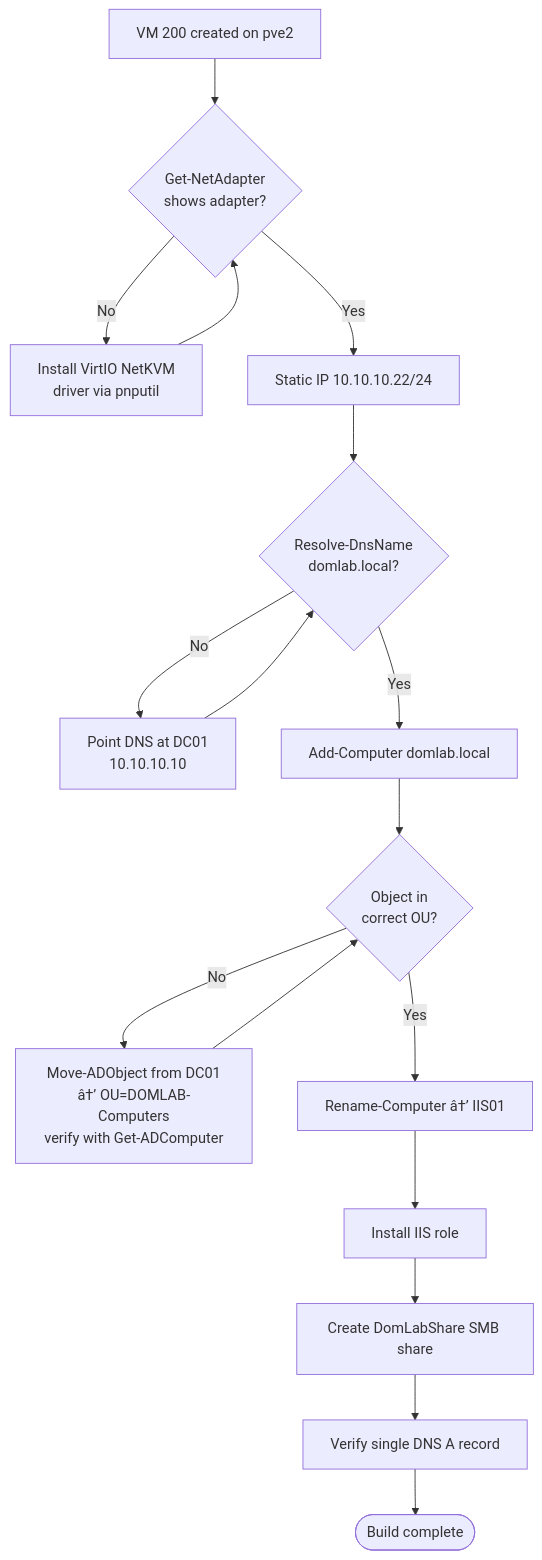
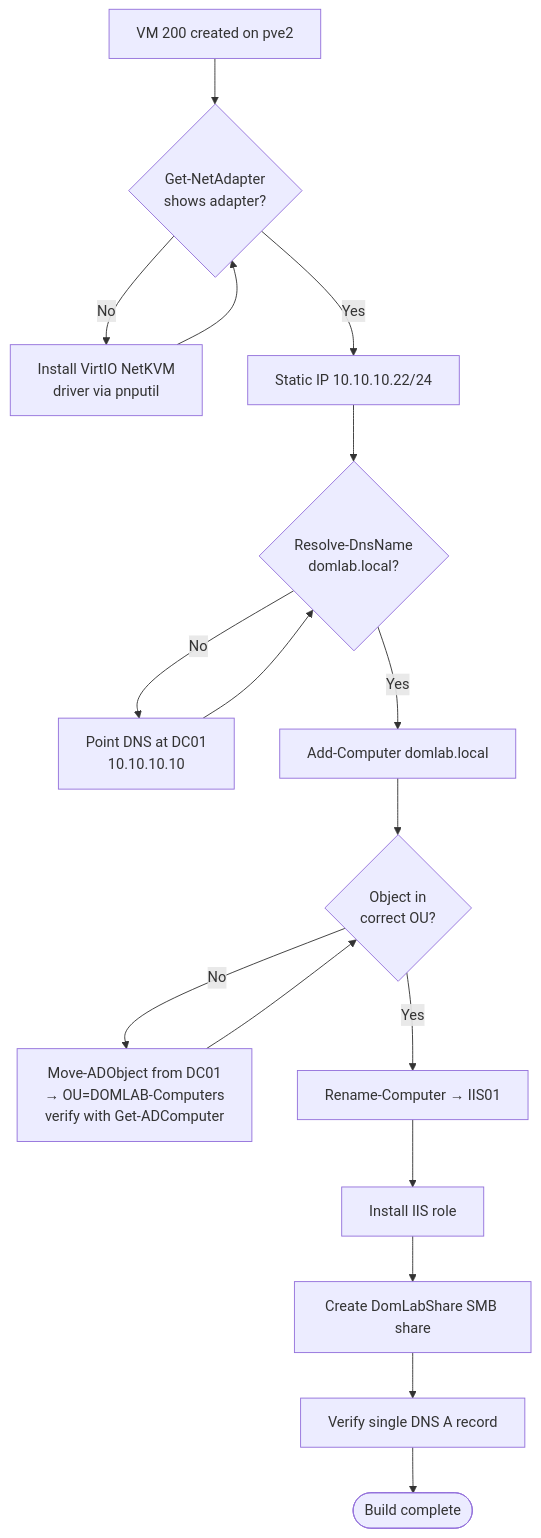
One commit to Justdomi/domlab-ad-provisioning changed the second of 2 diagrams in README.md. Above: the diagram before and after it, drawn with Mermaid. The commit also changed other lines of this file, not shown here.

````diff
--- a/README.md
+++ b/README.md
@@ -50,16 +50,16 @@
 ```mermaid
 flowchart TD
     A[VM 200 created on pve2] --> B{Get-NetAdapter<br/>shows adapter?}
     B -- No --> B1[Install VirtIO NetKVM<br/>driver via pnputil] --> B
     B -- Yes --> C[Static IP 10.10.10.22/24]
     C --> D{Resolve-DnsName<br/>domlab.local?}
     D -- No --> D1[Point DNS at DC01<br/>10.10.10.10] --> D
     D -- Yes --> E[Add-Computer domlab.local]
     E --> F{Object in<br/>correct OU?}
-    F -- No --> F1[Move-ADObject from DC01<br/>â†’ OU=DOMLAB-Computers<br/>verify with Get-ADComputer] --> F
-    F -- Yes --> G[Rename-Computer â†’ IIS01]
+    F -- No --> F1[Move-ADObject from DC01<br/>→ OU=DOMLAB-Computers<br/>verify with Get-ADComputer] --> F
+    F -- Yes --> G[Rename-Computer → IIS01]
     G --> H[Install IIS role]
     H --> I[Create DomLabShare SMB share]
     I --> J[Verify single DNS A record]
     J --> K([Build complete])
 ```
````
